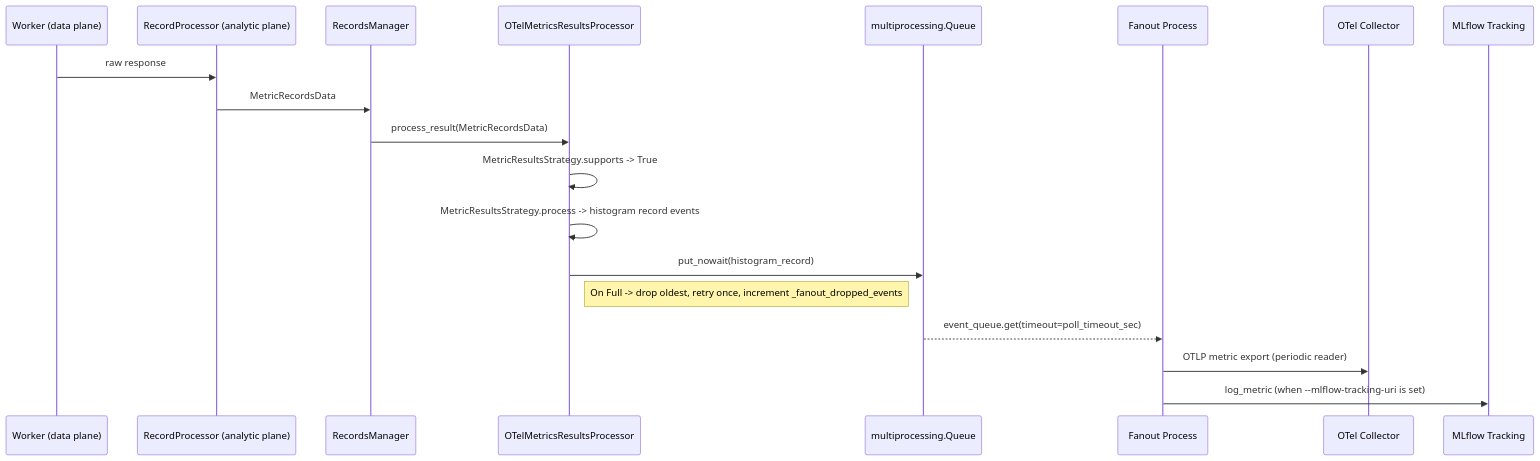
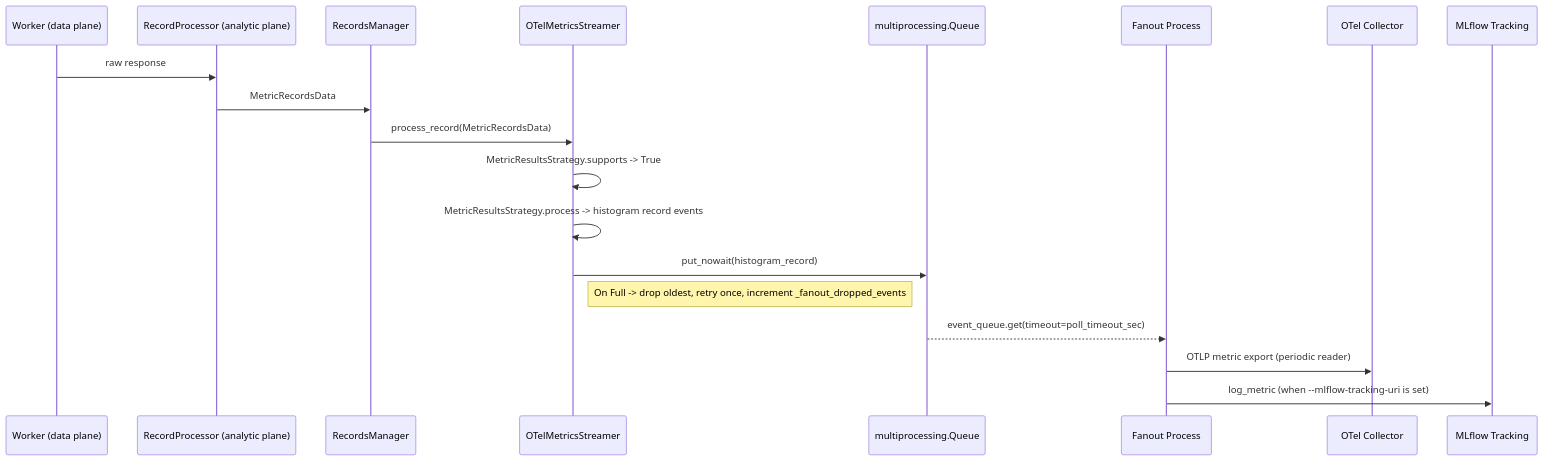
The second of 3 diagrams in docs/architecture.md (ai-dynamo/aiperf), drawn with Mermaid before and after one commit. The commit also changed other lines of this file and 78 other files, not shown here.

````diff
--- a/docs/architecture.md
+++ b/docs/architecture.md
@@ -320,22 +320,22 @@
 ```mermaid
 sequenceDiagram
     participant W as Worker (data plane)
     participant RP as RecordProcessor (analytic plane)
     participant RM as RecordsManager
-    participant OP as OTelMetricsResultsProcessor
+    participant OP as OTelMetricsStreamer
     participant Q as multiprocessing.Queue
     participant F as Fanout Process
     participant C as OTel Collector
     participant M as MLflow Tracking
 
     W->>RP: raw response
     RP->>RM: MetricRecordsData
-    RM->>OP: process_result(MetricRecordsData)
+    RM->>OP: process_record(MetricRecordsData)
     OP->>OP: MetricResultsStrategy.supports -> True
     OP->>OP: MetricResultsStrategy.process -> histogram record events
     OP->>Q: put_nowait(histogram_record)
     Note right of OP: On Full -> drop oldest, retry once, increment _fanout_dropped_events
     Q-->>F: event_queue.get(timeout=poll_timeout_sec)
     F->>C: OTLP metric export (periodic reader)
     F->>M: log_metric (when --mlflow-tracking-uri is set)
 ```
````
